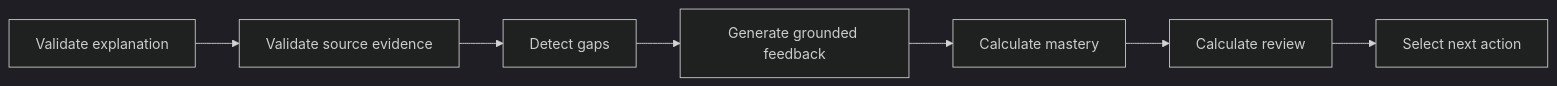
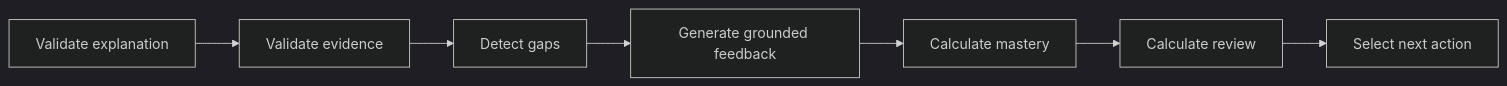
Before and after one commit to Dhruvg334/Tessarion: the fourth of 6 diagrams in README.md, drawn with Mermaid (dark theme). The commit also changed other lines of this file and 2 other files, not shown here.

````diff
--- a/README.md
+++ b/README.md
@@ -154,9 +202,9 @@
 ```mermaid
 flowchart LR
-    A[Validate explanation] --> B[Validate source evidence]
+    A[Validate explanation] --> B[Validate evidence]
     B --> C[Detect gaps]
     C --> D[Generate grounded feedback]
     D --> E[Calculate mastery]
     E --> F[Calculate review]
     F --> G[Select next action]
 ```
````
